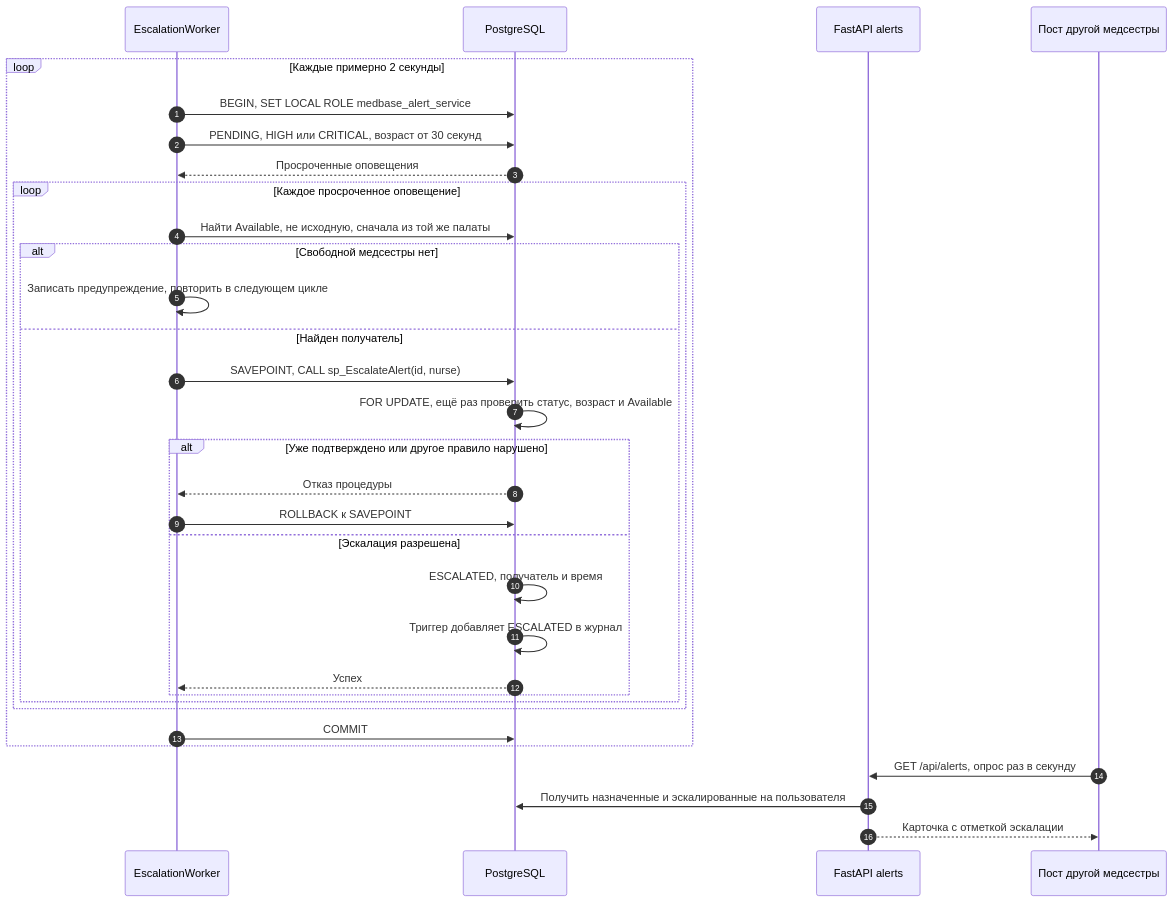
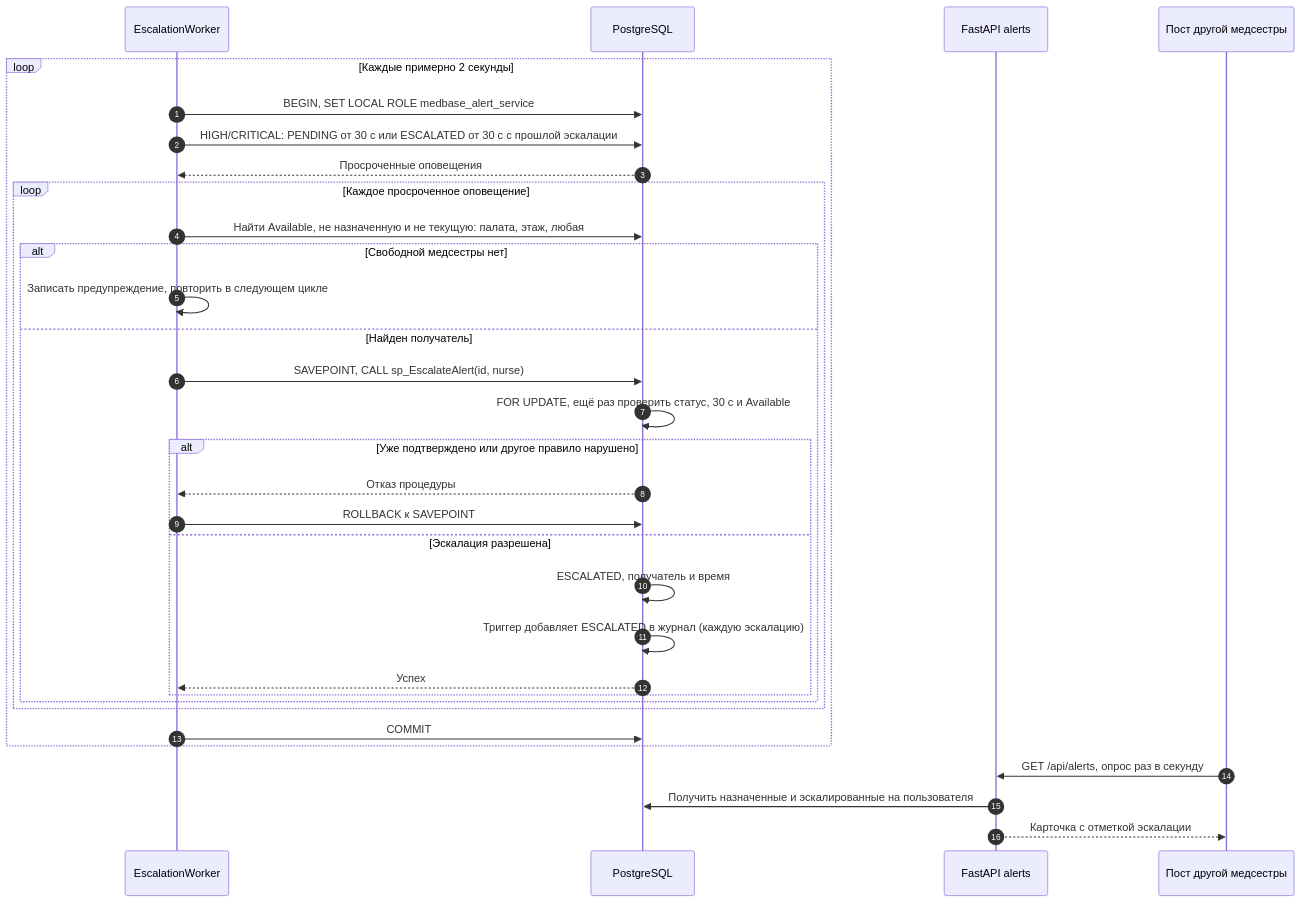
One commit to Theleriz/Hospital-Ward-Management changed the sixth of 6 diagrams in docs/sequence-diagrams.md. Above: the diagram before and after it, drawn with Mermaid. The commit also changed other lines of this file and 2 other files, not shown here.

````diff
--- a/docs/sequence-diagrams.md
+++ b/docs/sequence-diagrams.md
@@ -247,34 +247,34 @@
 ```mermaid
 sequenceDiagram
     autonumber
     participant Worker as EscalationWorker
     participant DB as PostgreSQL
     participant API as FastAPI alerts
     participant Post as Пост другой медсестры
     loop Каждые примерно 2 секунды
         Worker->>DB: BEGIN, SET LOCAL ROLE medbase_alert_service
-        Worker->>DB: PENDING, HIGH или CRITICAL, возраст от 30 секунд
+        Worker->>DB: HIGH/CRITICAL: PENDING от 30 с или ESCALATED от 30 с с прошлой эскалации
         DB-->>Worker: Просроченные оповещения
         loop Каждое просроченное оповещение
-            Worker->>DB: Найти Available, не исходную, сначала из той же палаты
+            Worker->>DB: Найти Available, не назначенную и не текущую: палата, этаж, любая
             alt Свободной медсестры нет
                 Worker->>Worker: Записать предупреждение, повторить в следующем цикле
             else Найден получатель
                 Worker->>DB: SAVEPOINT, CALL sp_EscalateAlert(id, nurse)
-                DB->>DB: FOR UPDATE, ещё раз проверить статус, возраст и Available
+                DB->>DB: FOR UPDATE, ещё раз проверить статус, 30 с и Available
                 alt Уже подтверждено или другое правило нарушено
                     DB-->>Worker: Отказ процедуры
                     Worker->>DB: ROLLBACK к SAVEPOINT
                 else Эскалация разрешена
                     DB->>DB: ESCALATED, получатель и время
-                    DB->>DB: Триггер добавляет ESCALATED в журнал
+                    DB->>DB: Триггер добавляет ESCALATED в журнал (каждую эскалацию)
                     DB-->>Worker: Успех
                 end
             end
         end
         Worker->>DB: COMMIT
     end
     Post->>API: GET /api/alerts, опрос раз в секунду
     API->>DB: Получить назначенные и эскалированные на пользователя
     API-->>Post: Карточка с отметкой эскалации
 ```
````
